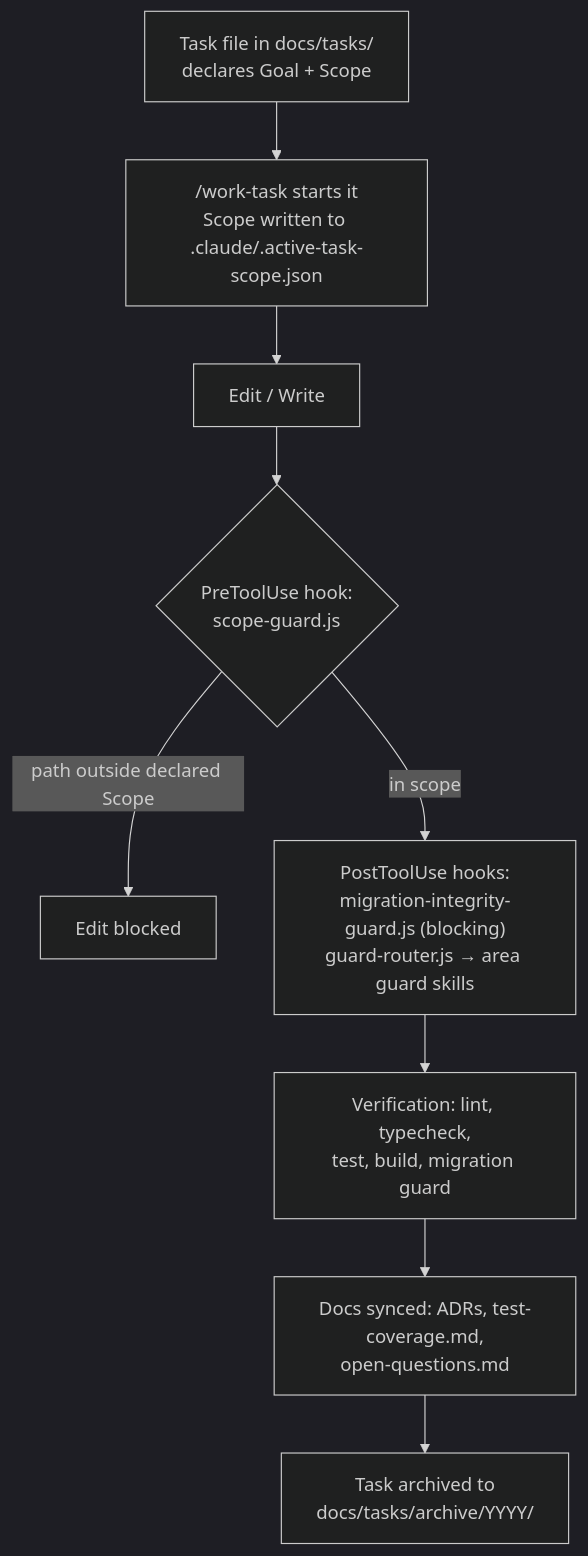
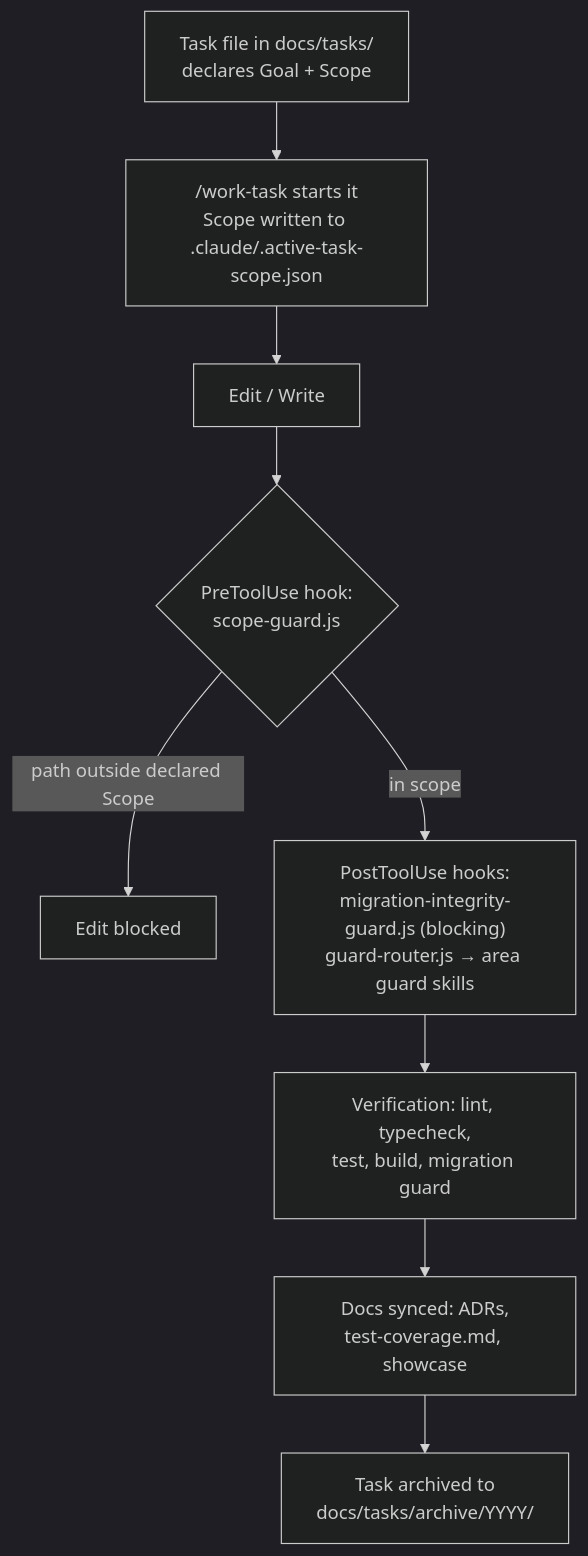
One commit to Hoverla-Soft/fintech-ledger-sandbox changed the diagram in docs/showcase/engineering-playbook.md. Above: the diagram before and after it, drawn with Mermaid (dark theme). The commit also changed other lines of this file and 6 other files, not shown here.

````diff
--- a/docs/showcase/engineering-playbook.md
+++ b/docs/showcase/engineering-playbook.md
@@ -7,11 +7,11 @@
 ```mermaid
 flowchart TD
     T["Task file in docs/tasks/<br/>declares Goal + Scope"] --> W["/work-task starts it<br/>Scope written to .claude/.active-task-scope.json"]
     W --> E["Edit / Write"]
     E --> PRE{"PreToolUse hook:<br/>scope-guard.js"}
     PRE -- "path outside declared Scope" --> B["Edit blocked"]
     PRE -- "in scope" --> POST["PostToolUse hooks:<br/>migration-integrity-guard.js (blocking)<br/>guard-router.js → area guard skills"]
     POST --> V["Verification: lint, typecheck,<br/>test, build, migration guard"]
-    V --> D["Docs synced: ADRs, test-coverage.md,<br/>open-questions.md"]
+    V --> D["Docs synced: ADRs,<br/>test-coverage.md, showcase"]
     D --> A["Task archived to<br/>docs/tasks/archive/YYYY/"]
 ```
````
